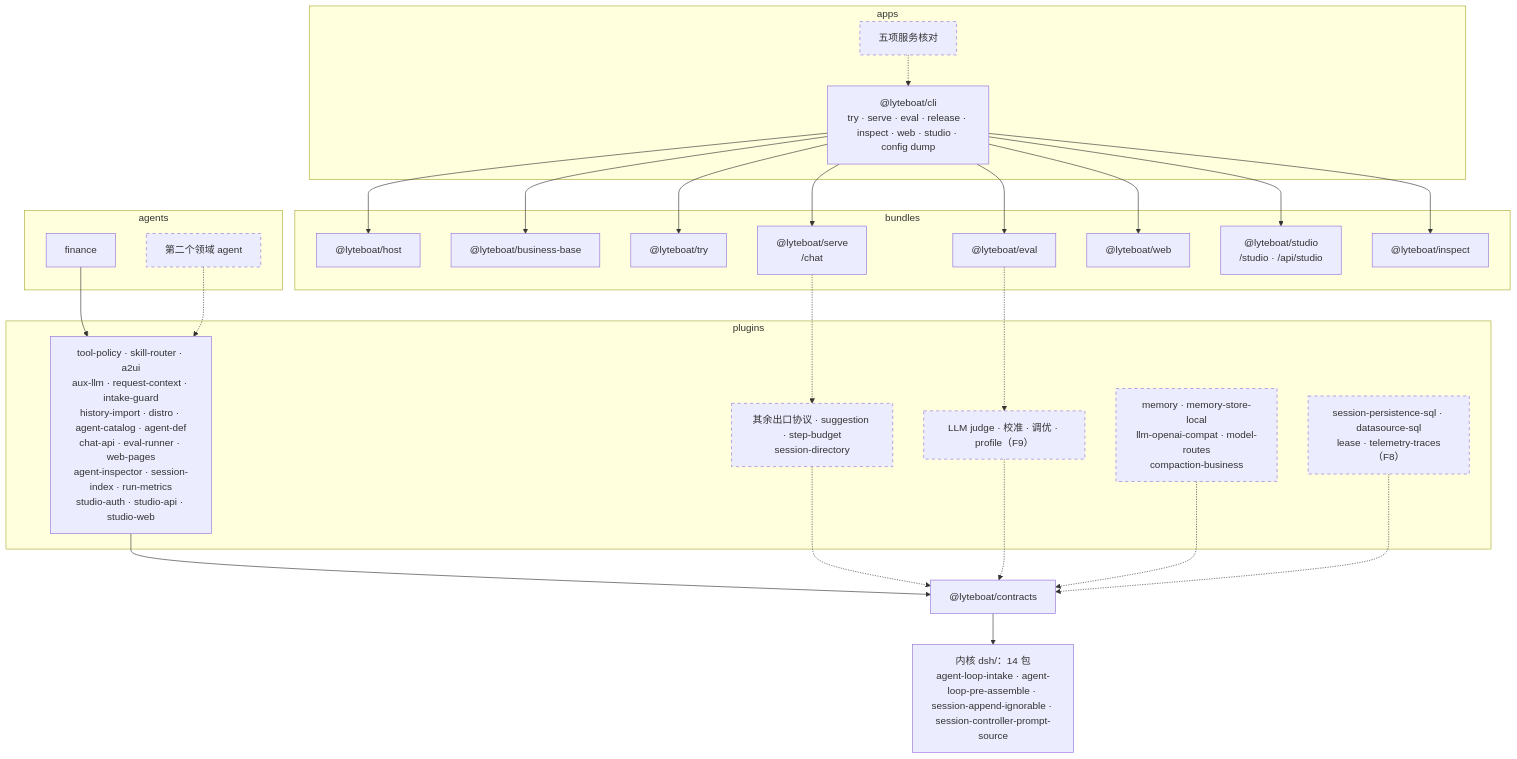
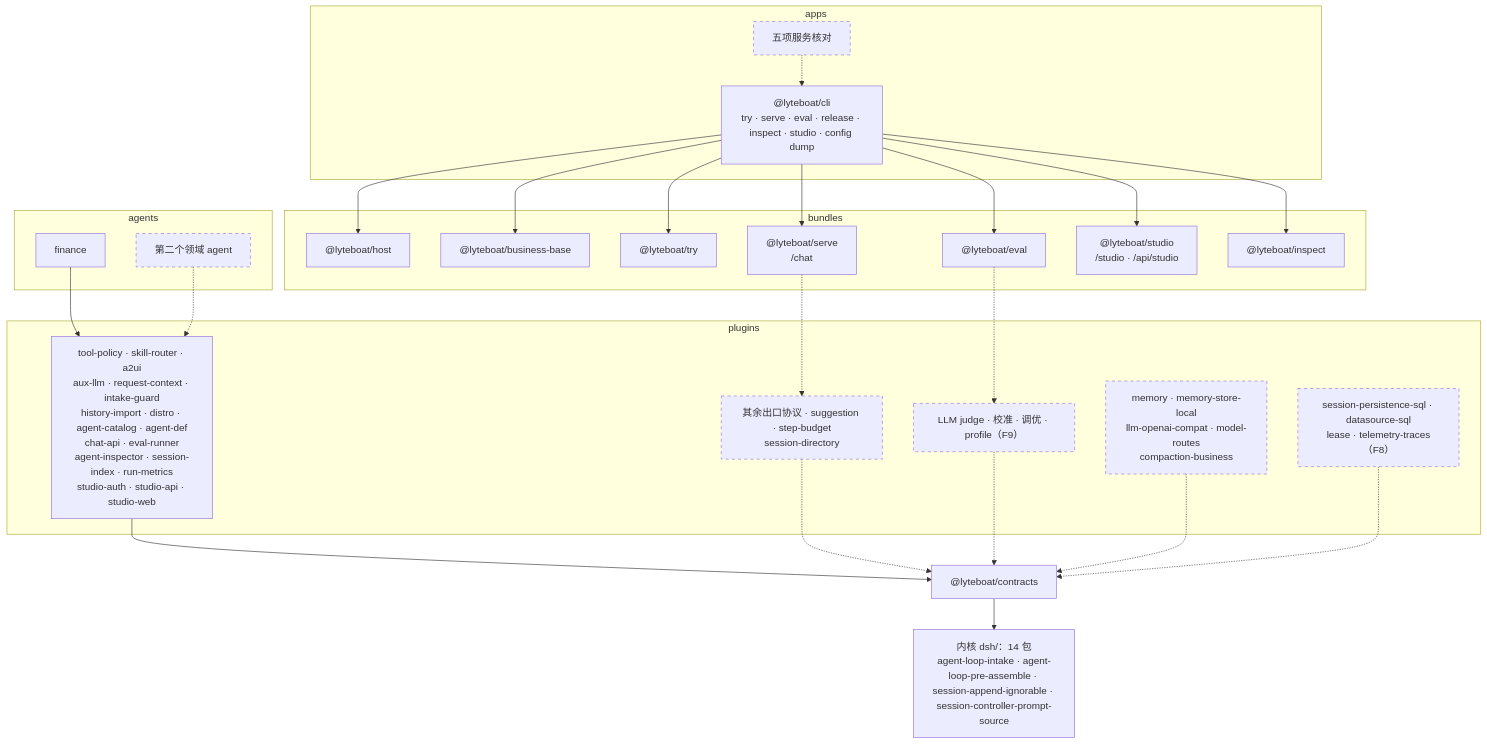
One commit to lyteboat/lyteboat changed the second of 3 diagrams in docs/04-reference-alignment.md. Above: the diagram before and after it, drawn with Mermaid. The commit also changed other lines of this file and 1 other file, not shown here.

First line of the commit message:
docs: lyteboat — docs 01 and 04 without lyteboat web

````diff
--- a/docs/04-reference-alignment.md
+++ b/docs/04-reference-alignment.md
@@ -719,51 +717,49 @@
 ```mermaid
 flowchart TB
   subgraph APPS["apps"]
-    CLI["@lyteboat/cli<br/>try · serve · eval · release · inspect · web · studio · config dump"]
+    CLI["@lyteboat/cli<br/>try · serve · eval · release · inspect · studio · config dump"]
     CLIN["五项服务核对"]
   end
   subgraph BUNDLES["bundles"]
     HOST["@lyteboat/host"]
     BASE["@lyteboat/business-base"]
     RUN["@lyteboat/try"]
     SERVE["@lyteboat/serve<br/>/chat"]
     EVAL["@lyteboat/eval"]
-    WEB["@lyteboat/web"]
     STUDIO["@lyteboat/studio<br/>/studio · /api/studio"]
     INSPECT["@lyteboat/inspect"]
   end
   subgraph AGENTS["agents"]
     FIN["finance"]
     AG2["第二个领域 agent"]
   end
   subgraph PLUGINS["plugins"]
-    HAVE["tool-policy · skill-router · a2ui<br/>aux-llm · request-context · intake-guard<br/>history-import · distro · agent-catalog · agent-def<br/>chat-api · eval-runner · web-pages<br/>agent-inspector · session-index · run-metrics<br/>studio-auth · studio-api · studio-web"]
+    HAVE["tool-policy · skill-router · a2ui<br/>aux-llm · request-context · intake-guard<br/>history-import · distro · agent-catalog · agent-def<br/>chat-api · eval-runner<br/>agent-inspector · session-index · run-metrics<br/>studio-auth · studio-api · studio-web"]
     WIRE["其余出口协议 · suggestion · step-budget<br/>session-directory"]
     JUDGE["LLM judge · 校准 · 调优 · profile（F9）"]
     MEM["memory · memory-store-local<br/>llm-openai-compat · model-routes<br/>compaction-business"]
     MULTI["session-persistence-sql · datasource-sql<br/>lease · telemetry-traces（F8）"]
   end
   CT["@lyteboat/contracts"]
   K["内核 dsh/：14 包<br/>agent-loop-intake · agent-loop-pre-assemble · session-append-ignorable · session-controller-prompt-source"]
   CLI --> HOST
   CLI --> BASE
   CLI --> RUN
   CLI --> SERVE
   CLI --> EVAL
-  CLI --> WEB
   CLI --> STUDIO
   CLI --> INSPECT
   CLIN -.-> CLI
   SERVE -.-> WIRE
   EVAL -.-> JUDGE
   FIN --> HAVE
   AG2 -.-> HAVE
   HAVE --> CT
   WIRE -.-> CT
   JUDGE -.-> CT
   MEM -.-> CT
   MULTI -.-> CT
   CT --> K
   classDef planned stroke-dasharray: 5 5
   class CLIN,AG2,WIRE,JUDGE,MEM,MULTI planned
 ```
````
